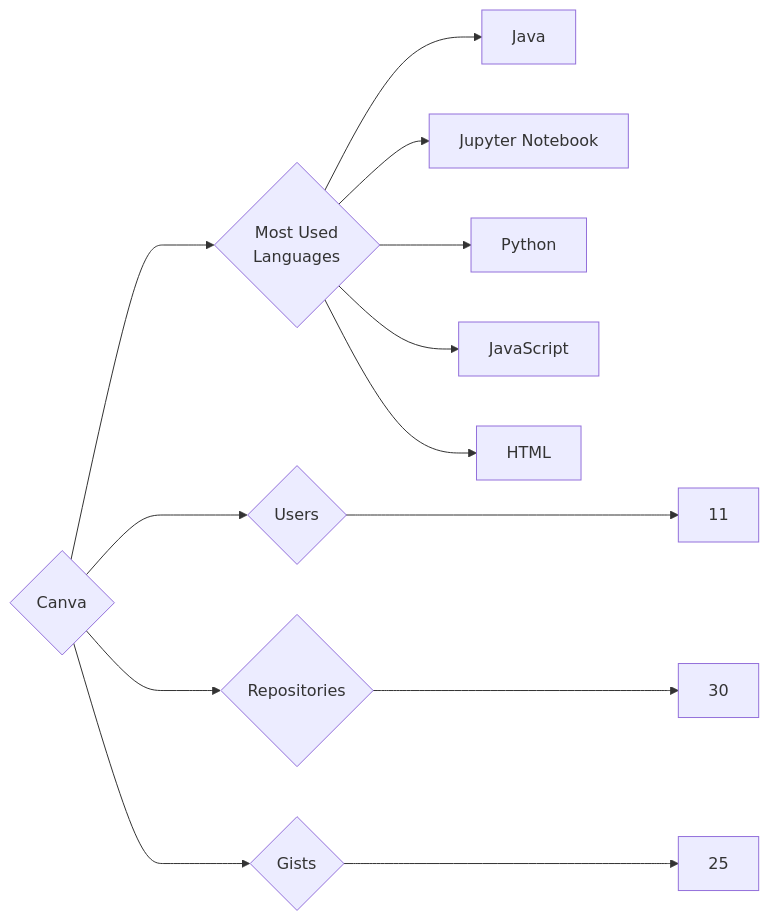
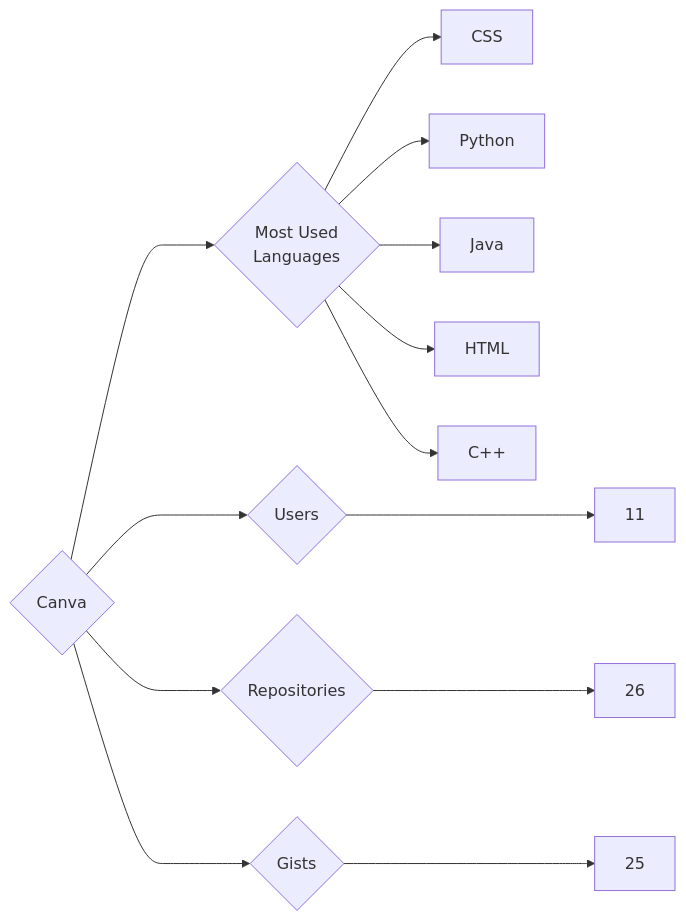
Before and after one commit to trickest/insiders: the diagram in targets/Canva/README.md, drawn with Mermaid. The commit also changed 724 other files, not shown here.

````diff
--- a/targets/Canva/README.md
+++ b/targets/Canva/README.md
@@ -3,13 +3,13 @@
 ```mermaid
 graph LR
 COMPANY_NAME{Canva}
 COMPANY_NAME ---> U{Users} ---> UN[11]
-COMPANY_NAME ---> R{Repositories} ---> RN[30]
+COMPANY_NAME ---> R{Repositories} ---> RN[26]
 COMPANY_NAME ---> G{Gists} ---> GN[25]
 COMPANY_NAME ---> ML{Most Used<br>Languages}
+ML --> CSS[CSS]
+ML --> Python[Python]
 ML --> Java[Java]
-ML --> Jupyter_Notebook[Jupyter Notebook]
-ML --> Python[Python]
-ML --> JavaScript[JavaScript]
 ML --> HTML[HTML]
+ML --> C++[C++]
 ```
````
